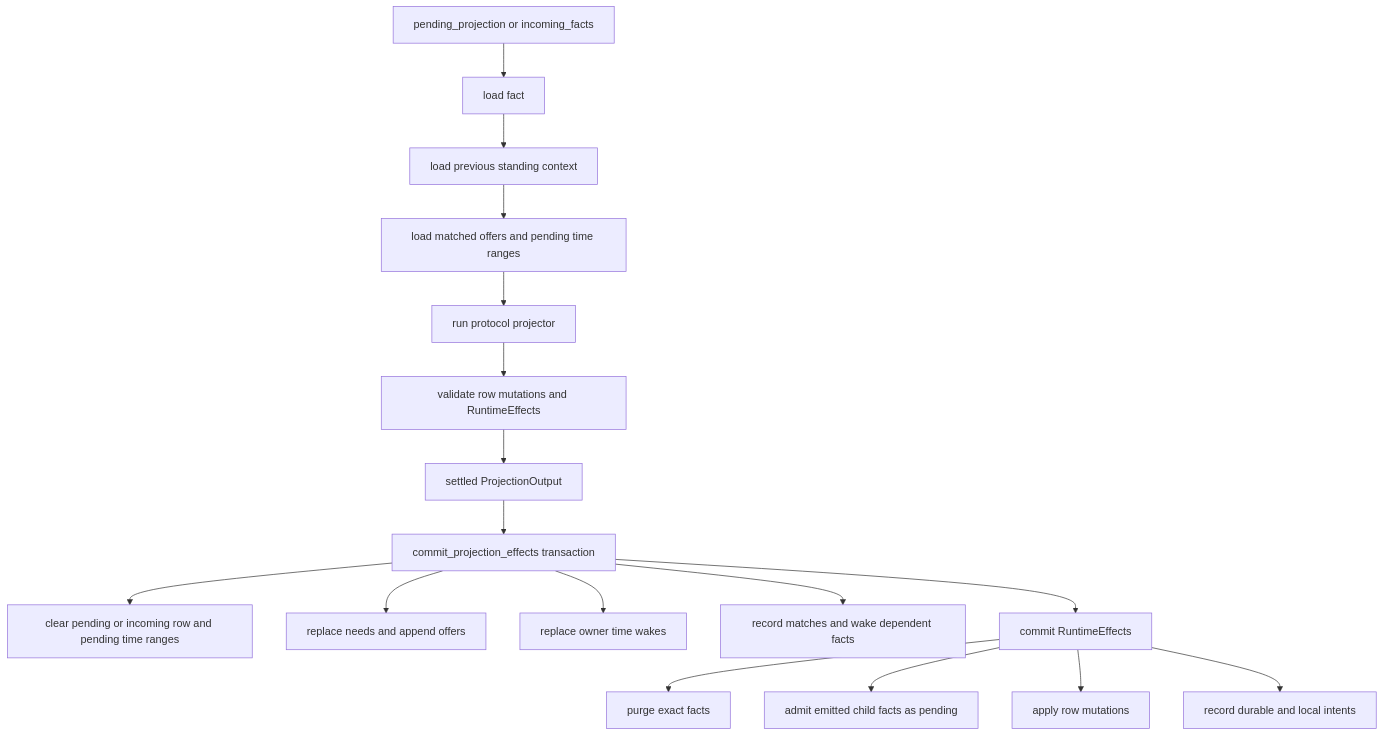
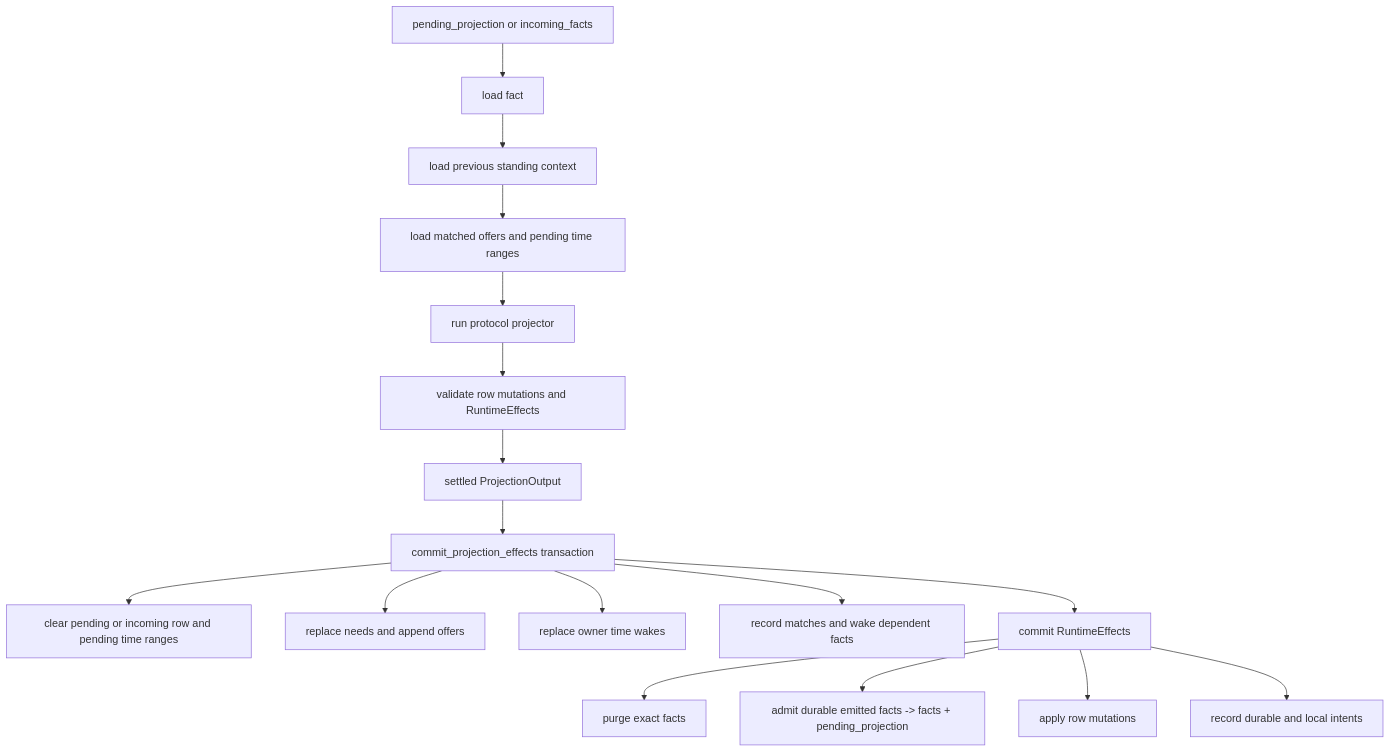
The first of 5 diagrams in ARCHITECTURE_DIAGRAMS_ALT.md (holmesworcester/poc-10), drawn with Mermaid before and after one commit. The commit also changed other lines of this file and 2 other files, not shown here.

Commit message:
docs: clarify parked needs and emitted facts

````diff
--- a/ARCHITECTURE_DIAGRAMS_ALT.md
+++ b/ARCHITECTURE_DIAGRAMS_ALT.md
@@ -16,22 +16,22 @@
 ```mermaid
 %%{init: {"flowchart": {"wrappingWidth": 300}} }%%
 flowchart TD
     PENDING["pending_projection or incoming_facts"] --> LOAD["load fact"]
     LOAD --> PREVIOUS["load previous standing context"]
     PREVIOUS --> MATCHED["load matched offers and pending time ranges"]
     MATCHED --> RUN["run protocol projector"]
     RUN --> VALIDATE["validate row mutations and RuntimeEffects"]
     VALIDATE --> OUTPUT["settled ProjectionOutput"]
 
     OUTPUT --> COMMIT["commit_projection_effects transaction"]
     COMMIT --> CLEAR["clear pending or incoming row and pending time ranges"]
     COMMIT --> REPLACE_CONTEXT["replace needs and append offers"]
     COMMIT --> REPLACE_WAKES["replace owner time wakes"]
     COMMIT --> WAKE["record matches and wake dependent facts"]
     COMMIT --> EFFECTS["commit RuntimeEffects"]
 
     EFFECTS --> PURGES["purge exact facts"]
-    EFFECTS --> CHILD_FACTS["admit emitted child facts as pending"]
+    EFFECTS --> CHILD_FACTS["admit durable emitted facts -> facts + pending_projection"]
     EFFECTS --> ROWS["apply row mutations"]
     EFFECTS --> INTENTS["record durable and local intents"]
 ```
````
